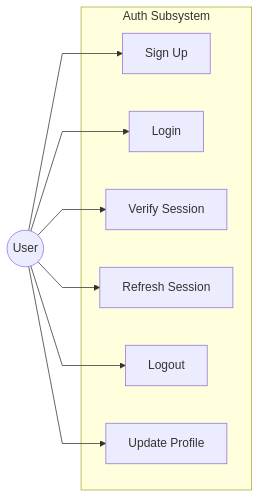
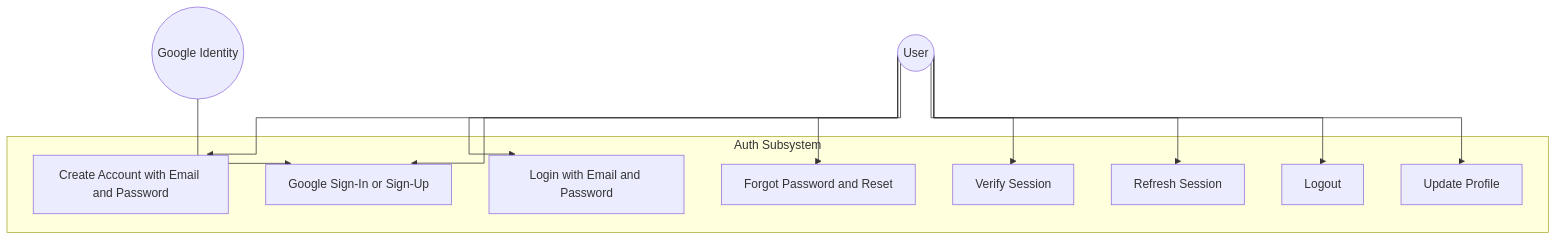
Before and after one commit to Sarthakanon/RoomEase: the diagram in final-submission/final-diagrams/subsystems/01-authentication/usecase_auth.mmd, drawn with Mermaid. The commit also changed 249 other files, not shown here.

Commit message:
feat: complete analytics v2 migration, recurring flows, profile pages, and deployment prep

```diff
--- a/final-submission/final-diagrams/subsystems/01-authentication/usecase_auth.mmd
+++ b/final-submission/final-diagrams/subsystems/01-authentication/usecase_auth.mmd
@@ -1,17 +1,23 @@
-%%{init: {'flowchart': {'curve': 'linear'}} }%%
-flowchart LR
+%%{init: {'flowchart': {'curve': 'stepBefore'}} }%%
+flowchart TB
   U((User))
+  G((Google Identity))
   subgraph Auth Subsystem
-    UC1[Sign Up]
-    UC2[Login]
+    UC1[Create Account with Email and Password]
+    UC2[Login with Email and Password]
+    UC7[Google Sign-In or Sign-Up]
+    UC8[Forgot Password and Reset]
     UC3[Verify Session]
     UC4[Refresh Session]
     UC5[Logout]
     UC6[Update Profile]
   end
   U --> UC1
   U --> UC2
+  U --> UC7
+  U --> UC8
   U --> UC3
   U --> UC4
   U --> UC5
   U --> UC6
+  G --> UC7
```
